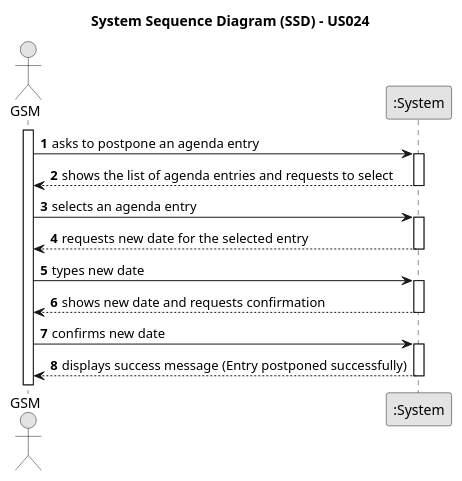
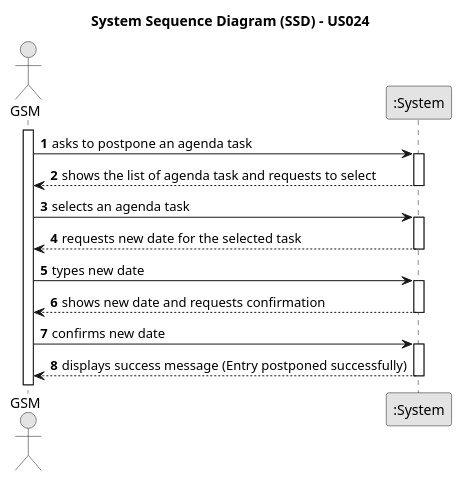
One commit to ricardomm7/leaflink changed the diagram in docs/sprintC/us024/01.requirements-engineering/puml/us024-system-sequence-diagram-alternative-one.puml. Above: the diagram before and after it, drawn with PlantUML. The commit also changed 20 other files, not shown here.

```diff
--- a/docs/sprintC/us024/01.requirements-engineering/puml/us024-system-sequence-diagram-alternative-one.puml
+++ b/docs/sprintC/us024/01.requirements-engineering/puml/us024-system-sequence-diagram-alternative-one.puml
@@ -1,41 +1,41 @@
 @startuml
 skinparam monochrome true
 skinparam packageStyle rectangle
 skinparam shadowing false
 
 title System Sequence Diagram (SSD) - US024
 
 autonumber
 
 actor "GSM" as GSM
 participant ":System" as System
 
 activate GSM
 
-    GSM -> System : asks to postpone an agenda entry
+    GSM -> System : asks to postpone an agenda task
     activate System
 
-        System --> GSM : shows the list of agenda entries and requests to select
+        System --> GSM : shows the list of agenda task and requests to select
     deactivate System
 
-    GSM -> System : selects an agenda entry
+    GSM -> System : selects an agenda task
 
     activate System
 
-        System --> GSM : requests new date for the selected entry
+        System --> GSM : requests new date for the selected task
     deactivate System
 
     GSM -> System : types new date
 
     activate System
 
         System --> GSM : shows new date and requests confirmation
     deactivate System
 
     GSM -> System : confirms new date
     activate System
 
         System --> GSM : displays success message (Entry postponed successfully)
     deactivate System
 
 @enduml
```
